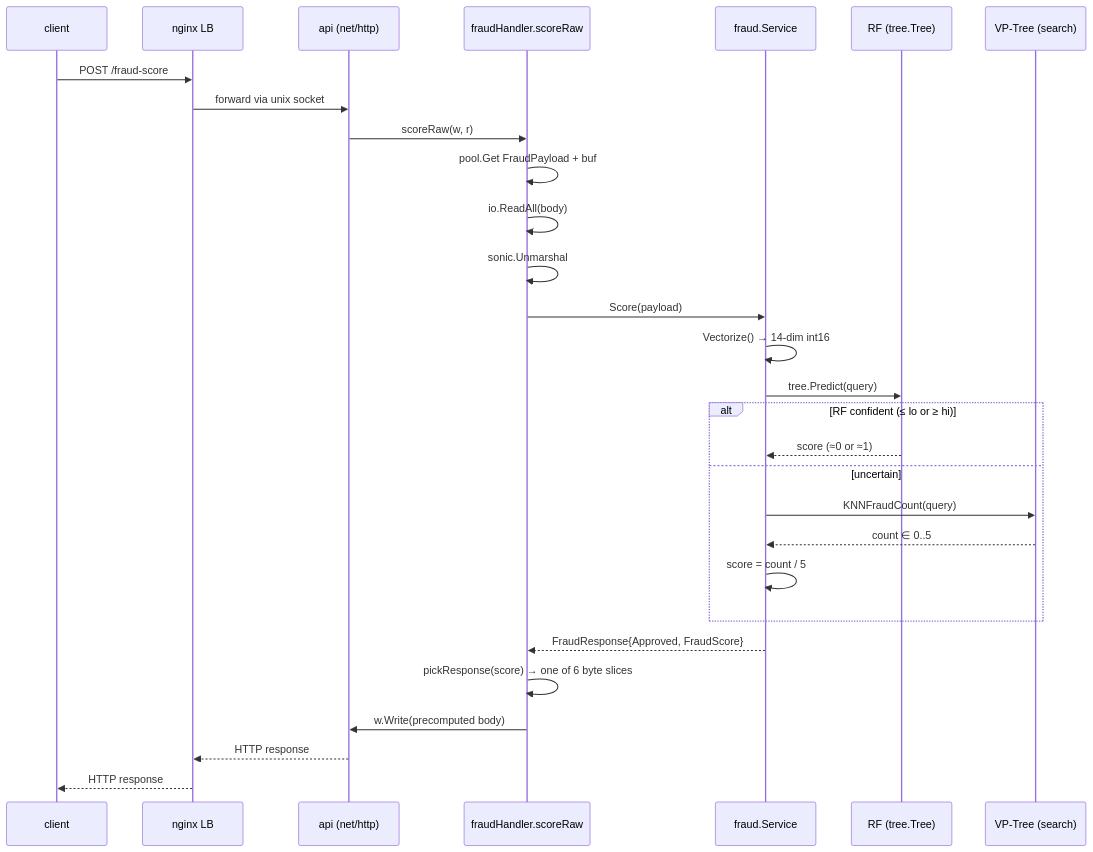
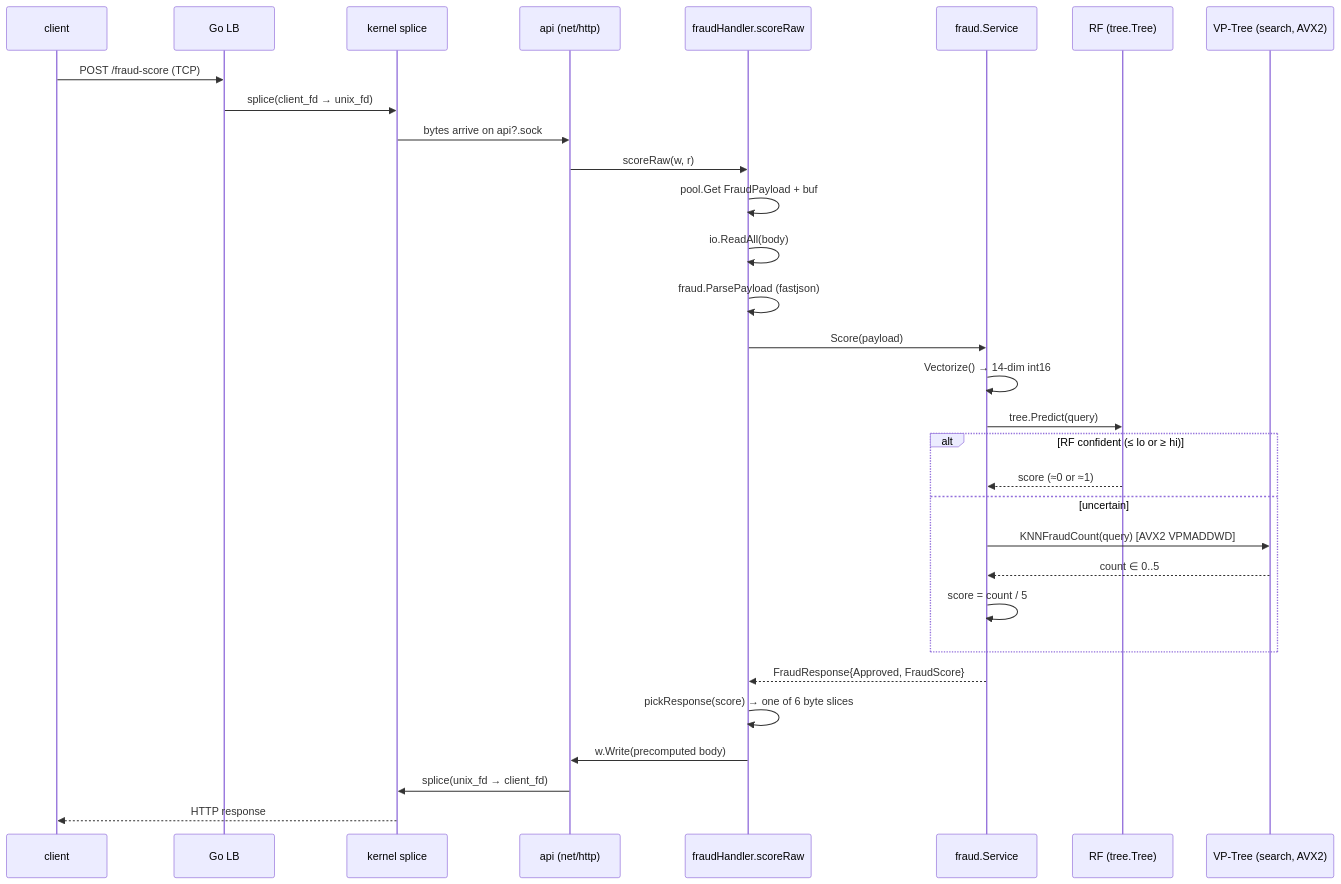
The second of 5 diagrams in docs/architecture.md (vinnedev/rinha-2026), drawn with Mermaid before and after one commit. The commit also changed other lines of this file and 3 other files, not shown here.

First line of the commit message:
docs: refresh README and architecture to reflect Go LB + AVX2 + fastjson

````diff
--- a/docs/architecture.md
+++ b/docs/architecture.md
@@ -33,32 +36,34 @@
 ```mermaid
 sequenceDiagram
     participant C as client
-    participant N as nginx LB
+    participant L as Go LB
+    participant K as kernel splice
     participant A as api (net/http)
     participant H as fraudHandler.scoreRaw
     participant S as fraud.Service
     participant T as RF (tree.Tree)
-    participant V as VP-Tree (search)
+    participant V as VP-Tree (search, AVX2)
 
-    C->>N: POST /fraud-score
-    N->>A: forward via unix socket
+    C->>L: POST /fraud-score (TCP)
+    L->>K: splice(client_fd → unix_fd)
+    K->>A: bytes arrive on api?.sock
     A->>H: scoreRaw(w, r)
     H->>H: pool.Get FraudPayload + buf
     H->>H: io.ReadAll(body)
-    H->>H: sonic.Unmarshal
+    H->>H: fraud.ParsePayload (fastjson)
     H->>S: Score(payload)
     S->>S: Vectorize() → 14-dim int16
     S->>T: tree.Predict(query)
     alt RF confident (≤ lo or ≥ hi)
         T-->>S: score (≈0 or ≈1)
     else uncertain
-        S->>V: KNNFraudCount(query)
+        S->>V: KNNFraudCount(query) [AVX2 VPMADDWD]
         V-->>S: count ∈ 0..5
         S->>S: score = count / 5
     end
     S-->>H: FraudResponse{Approved, FraudScore}
     H->>H: pickResponse(score) → one of 6 byte slices
     H->>A: w.Write(precomputed body)
-    A-->>N: HTTP response
-    N-->>C: HTTP response
+    A->>K: splice(unix_fd → client_fd)
+    K-->>C: HTTP response
 ```
````
